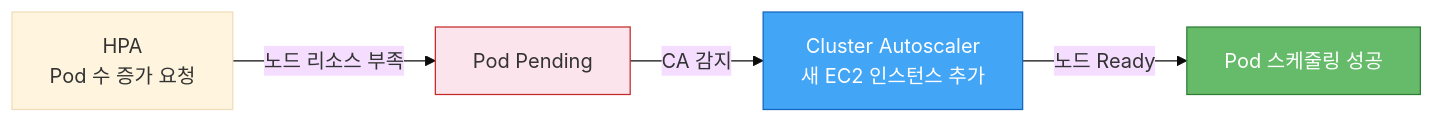
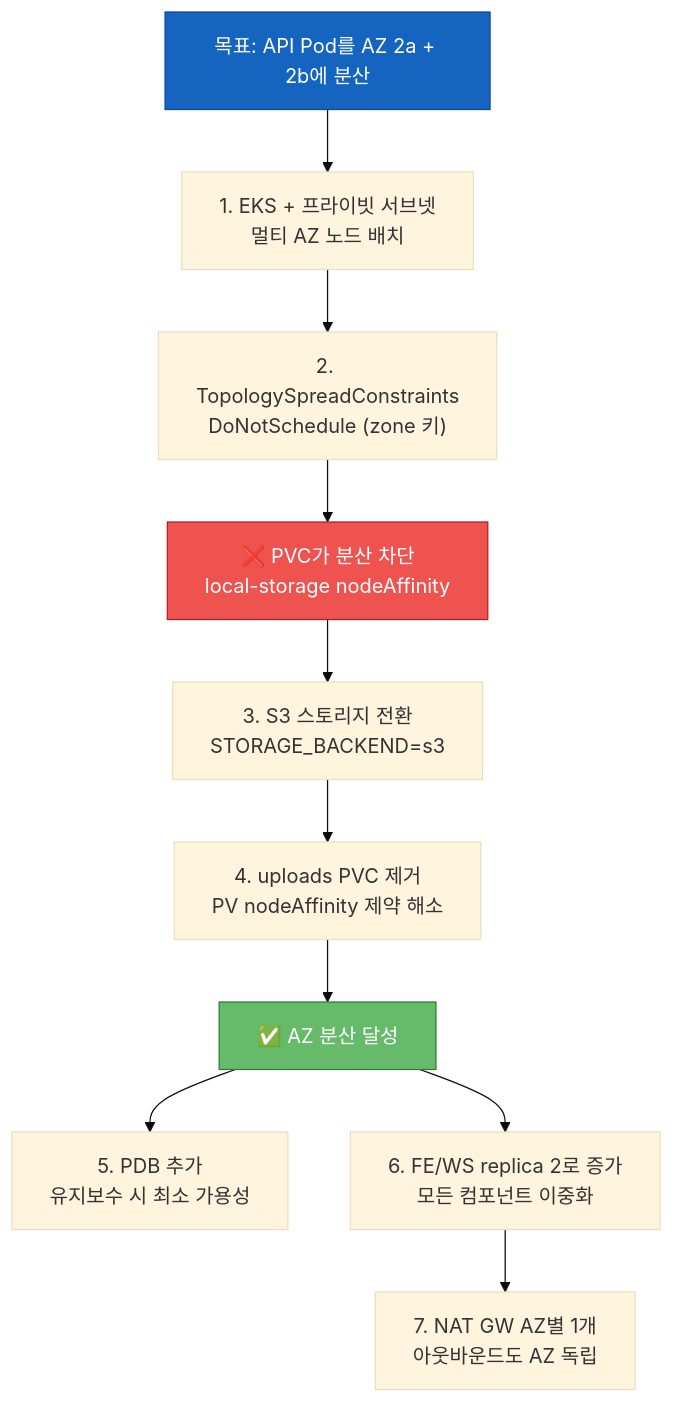
Diagram 12 of 17 in report.md (80-hours-a-week/2-cho-community-infra), drawn with Mermaid (base theme) before and after one commit. The commit also changed other lines of this file and 1 other file, not shown here.

First line of the commit message:
docs: README.md 및 report.md를 현재 EKS Prod 인프라에 맞게 갱신

````diff
--- a/report.md
+++ b/report.md
@@ -692,11 +638,18 @@
 ```mermaid
-flowchart LR
-    HPA["HPA<br/>Pod 수 증가 요청"]
-    HPA -->|"노드 리소스 부족"| Pending["Pod Pending"]
-    Pending -->|"CA 감지"| CA["Cluster Autoscaler<br/>새 EC2 인스턴스 추가"]
-    CA -->|"노드 Ready"| Schedule["Pod 스케줄링 성공"]
+flowchart TD
+    Goal["목표: API Pod를 AZ 2a + 2b에 분산"]
 
-    style Pending fill:#fce4ec,stroke:#c62828
-    style CA fill:#42a5f5,color:#fff,stroke:#1565c0
-    style Schedule fill:#66bb6a,color:#fff,stroke:#2e7d32
+    Goal --> Decision1["1. EKS + 프라이빗 서브넷<br/>멀티 AZ 노드 배치"]
+    Decision1 --> Decision2["2. TopologySpreadConstraints<br/>DoNotSchedule (zone 키)"]
+    Decision2 --> Blocker["❌ PVC가 분산 차단<br/>local-storage nodeAffinity"]
+    Blocker --> Decision3["3. S3 스토리지 전환<br/>STORAGE_BACKEND=s3"]
+    Decision3 --> Decision4["4. uploads PVC 제거<br/>PV nodeAffinity 제약 해소"]
+    Decision4 --> Result["✅ AZ 분산 달성"]
+    Result --> Decision5["5. PDB 추가<br/>유지보수 시 최소 가용성"]
+    Result --> Decision6["6. FE/WS replica 2로 증가<br/>모든 컴포넌트 이중화"]
+    Decision6 --> Decision7["7. NAT GW AZ별 1개<br/>아웃바운드도 AZ 독립"]
+
+    style Goal fill:#1565c0,color:#fff,stroke:#0d47a1
+    style Blocker fill:#ef5350,color:#fff,stroke:#b71c1c
+    style Result fill:#66bb6a,color:#fff,stroke:#2e7d32
 ```
````
